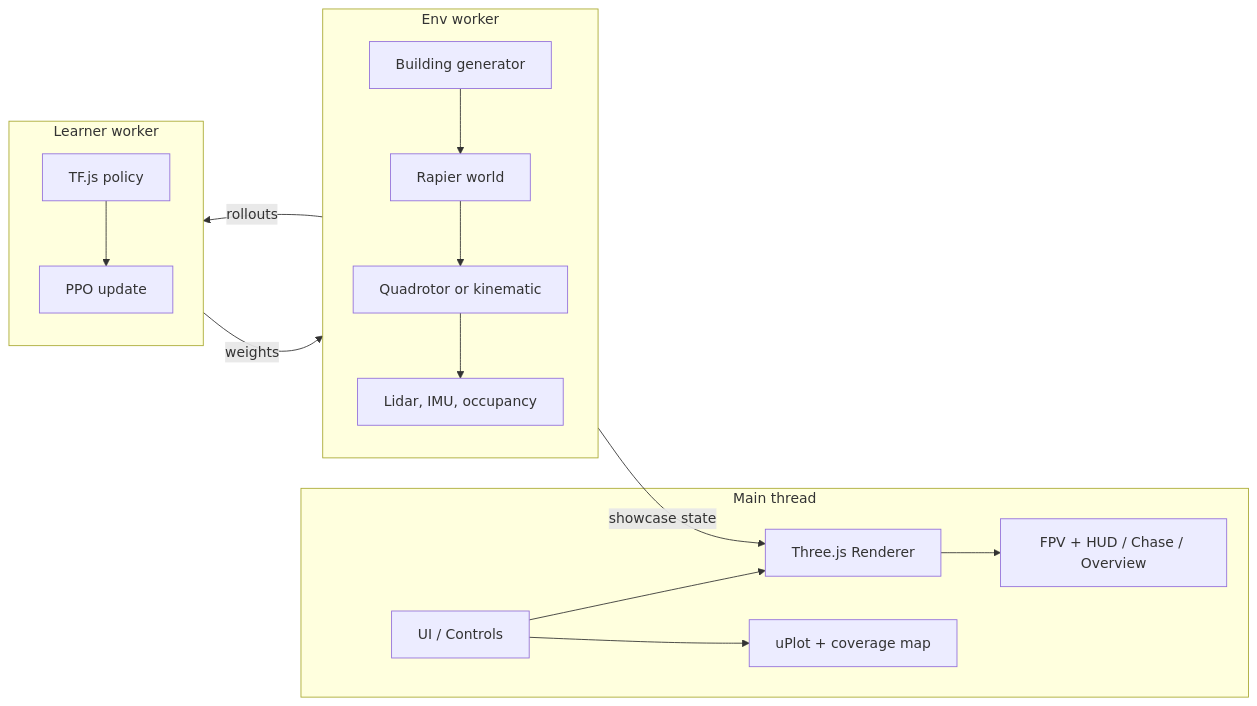
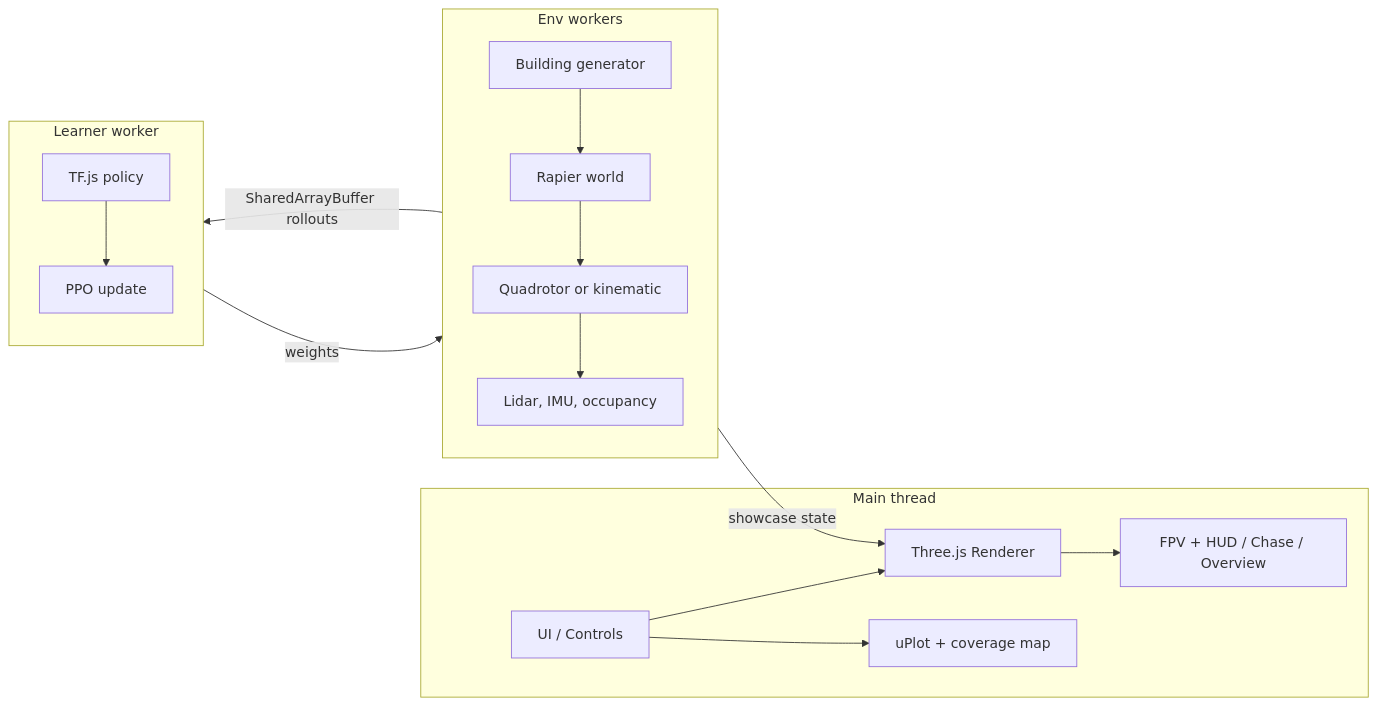
Before and after one commit to alexnieves-cs/frontier-fly: the diagram in README.md, drawn with Mermaid. The commit also changed other lines of this file and 54 other files, not shown here.

````diff
--- a/README.md
+++ b/README.md
@@ -59,19 +61,19 @@
 ```mermaid
 flowchart LR
   subgraph Main[Main thread]
     UI[UI / Controls] --> Viz[Three.js Renderer]
     Viz --> Cams[FPV + HUD / Chase / Overview]
     UI --> Charts[uPlot + coverage map]
   end
-  subgraph EnvW[Env worker]
+  subgraph EnvW[Env workers]
     Gen[Building generator] --> Phys[Rapier world]
     Phys --> Dyn[Quadrotor or kinematic]
     Dyn --> Sens[Lidar, IMU, occupancy]
   end
   subgraph LearnW[Learner worker]
     Pol[TF.js policy] --> PPO[PPO update]
   end
-  EnvW -- rollouts --> LearnW
+  EnvW -- SharedArrayBuffer rollouts --> LearnW
   LearnW -- weights --> EnvW
   EnvW -- showcase state --> Viz
 ```
````
